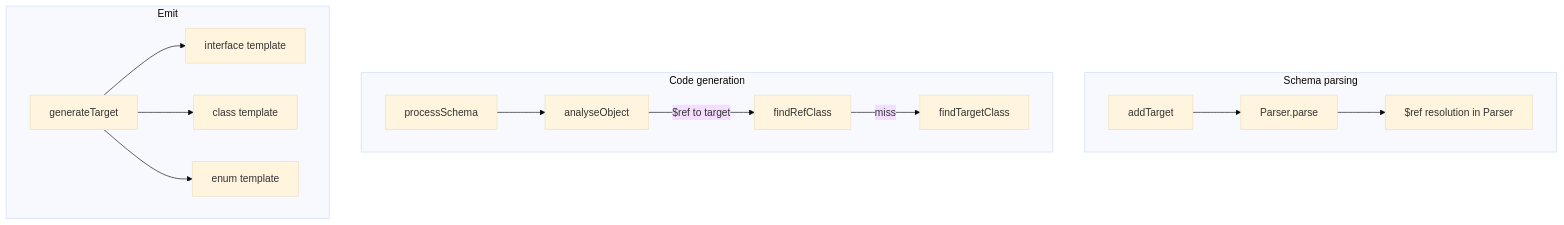
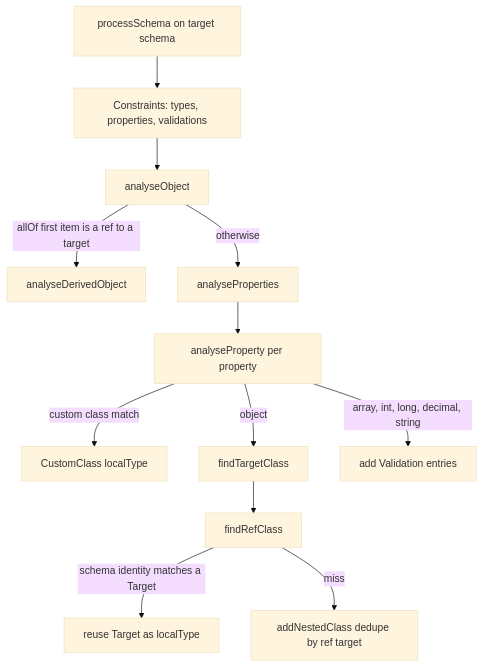
Before and after one commit to goddtriffin/json-schema-rs: the second of 2 diagrams in research/reports/kotlin/pwall567-json-kotlin-schema-codegen.md, drawn with Mermaid (base theme). The commit also changed other lines of this file and 51 other files, not shown here.

````diff
--- a/research/reports/kotlin/pwall567-json-kotlin-schema-codegen.md
+++ b/research/reports/kotlin/pwall567-json-kotlin-schema-codegen.md
@@ -126,28 +116,14 @@
 ```mermaid
 flowchart TB
-  subgraph parse [Schema parsing]
-    addTarget[addTarget]
-    Parser[Parser.parse]
-    ParseRefs["$ref resolution in Parser"]
-    addTarget --> Parser
-    Parser --> ParseRefs
-  end
-  subgraph codegen [Code generation]
-    processSchema[processSchema]
-    analyseObject[analyseObject]
-    findRefClass[findRefClass]
-    findTargetClass[findTargetClass]
-    processSchema --> analyseObject
-    analyseObject -->|"$ref to target"| findRefClass
-    findRefClass -->|miss| findTargetClass
-  end
-  subgraph emit [Emit]
-    generateTarget[generateTarget]
-    interfaceTemplate[interface template]
-    classTemplate[class template]
-    enumTemplate[enum template]
-    generateTarget --> interfaceTemplate
-    generateTarget --> classTemplate
-    generateTarget --> enumTemplate
-  end
+  Root[processSchema on target schema] --> Flat["Constraints: types, properties, validations"]
+  Flat --> AO[analyseObject]
+  AO -->|"allOf first item is a ref to a target"| Derived[analyseDerivedObject]
+  AO -->|otherwise| AP[analyseProperties]
+  AP --> Prop[analyseProperty per property]
+  Prop -->|custom class match| Custom[CustomClass localType]
+  Prop -->|object| FTC[findTargetClass]
+  FTC --> FRC[findRefClass]
+  FRC -->|"schema identity matches a Target"| Reuse[reuse Target as localType]
+  FRC -->|miss| Nested["addNestedClass dedupe by ref target"]
+  Prop -->|"array, int, long, decimal, string"| Scalars[add Validation entries]
 ```
````
